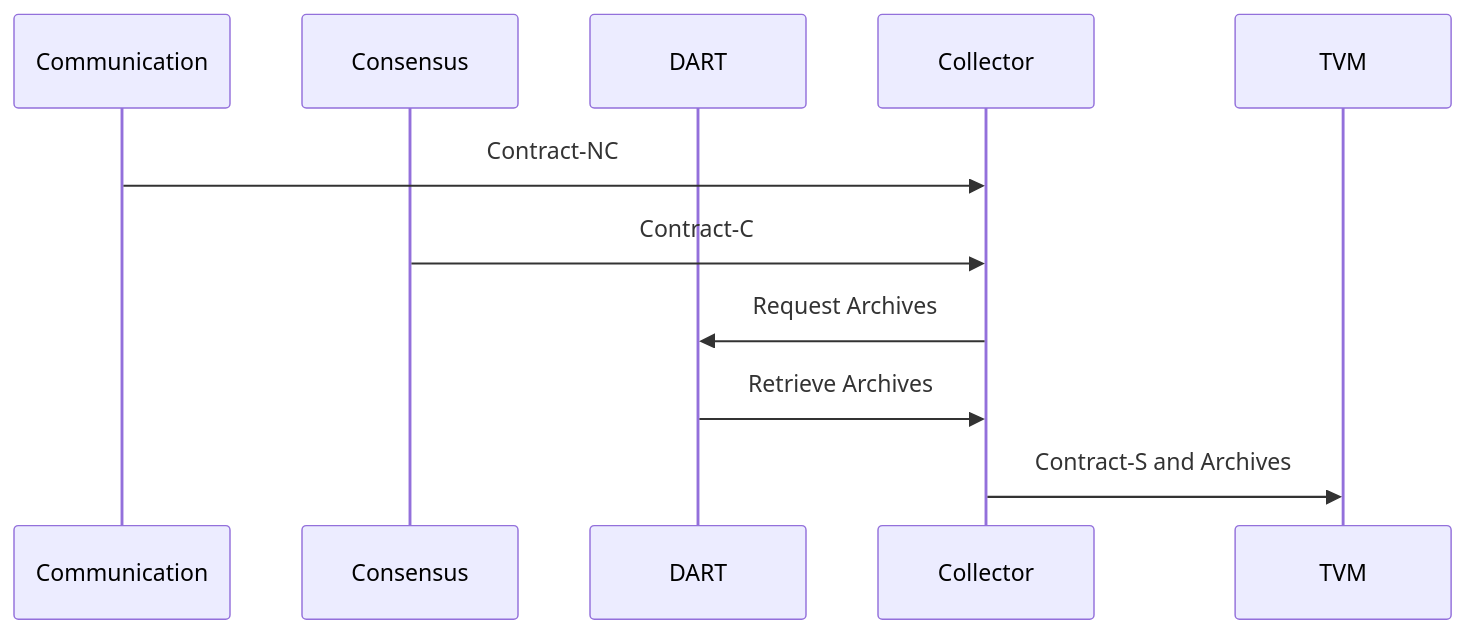
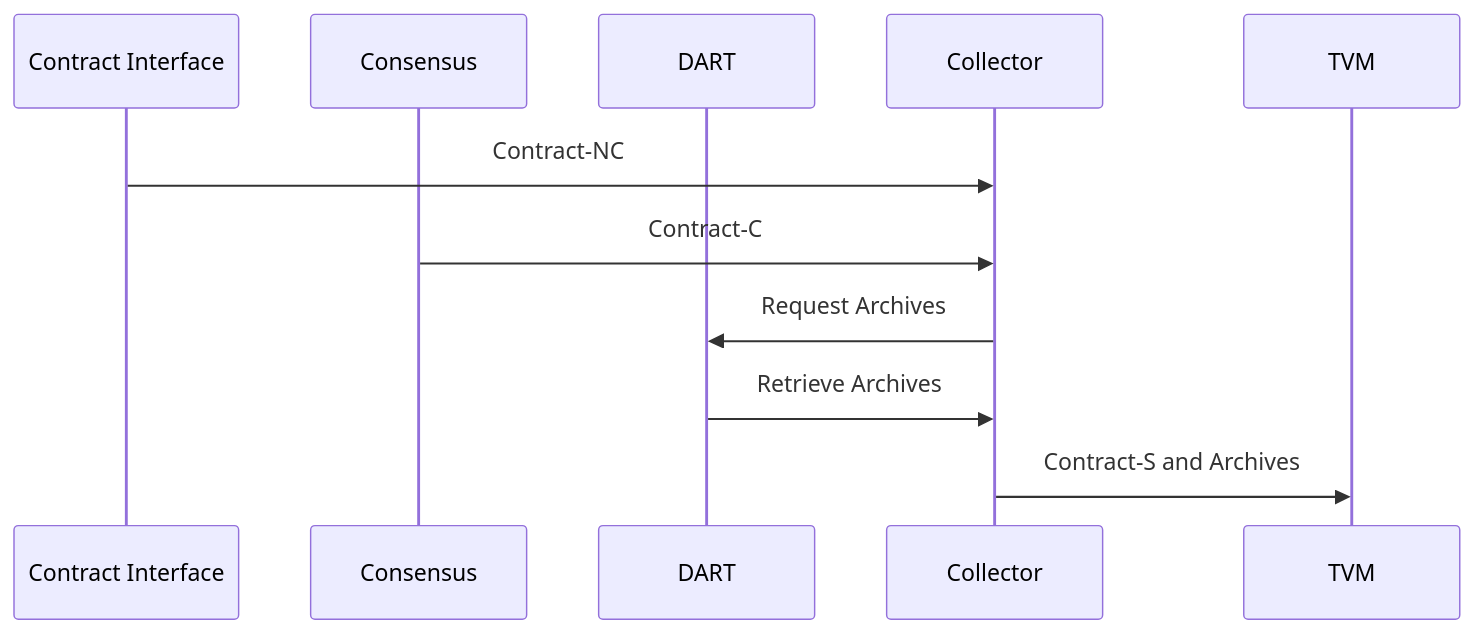
One commit to tagion/tagion changed the diagram in documents/architecture/Collector.md. Above: the diagram before and after it, drawn with Mermaid. The commit also changed other lines of this file, not shown here.

Commit message:
edit to new naming and links

````diff
--- a/documents/architecture/Collector.md
+++ b/documents/architecture/Collector.md
@@ -24,14 +24,14 @@
 ```mermaid
 sequenceDiagram
-    participant Communication
+    participant Contract Interface
     participant Consensus
     participant DART 
     participant Collector
     participant TVM 
-    Communication->>Collector: Contract-NC 
+    Contract Interface->>Collector: Contract-NC 
     Consensus->>Collector: Contract-C
     Collector->>DART: Request Archives
     DART->>Collector: Retrieve Archives
     Collector->>TVM: Contract-S and Archives
 
 ```
````
